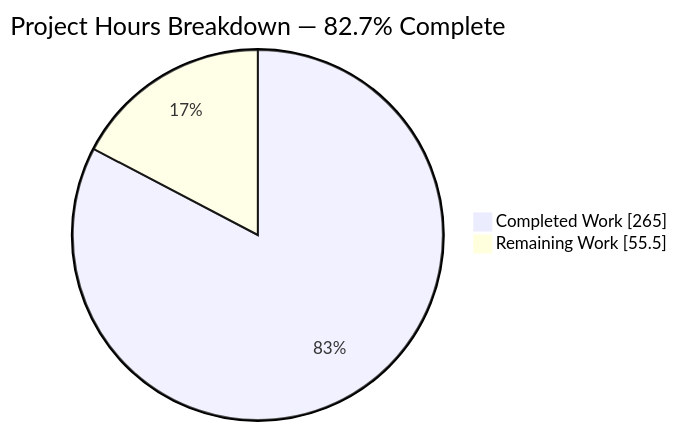
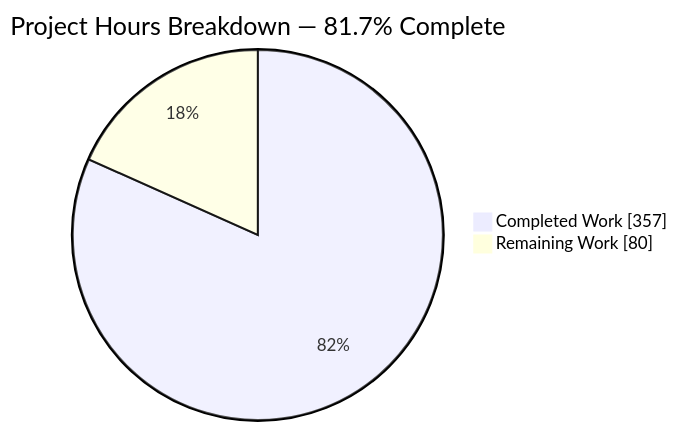
Before and after one commit to blitzy-public-samples/vendure: the second of 5 diagrams in blitzy/documentation/Project Guide.md, drawn with Mermaid. The commit also changed other lines of this file, not shown here.

Commit message:
Adding Blitzy Project Guide: Project Status and Human Tasks Remaining

````diff
--- a/blitzy/documentation/Project Guide.md
+++ b/blitzy/documentation/Project Guide.md
@@ -221,5 +228,5 @@
 ```mermaid
-pie showData title Project Hours Breakdown — 82.7% Complete
-    "Completed Work" : 265
-    "Remaining Work" : 55.5
+pie showData title Project Hours Breakdown — 81.7% Complete
+    "Completed Work" : 357
+    "Remaining Work" : 80
 ```
````
